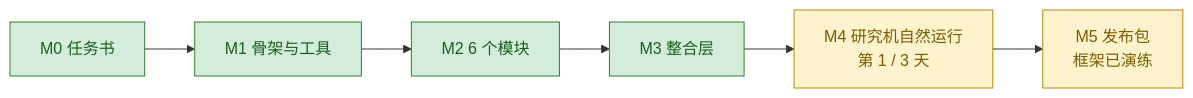
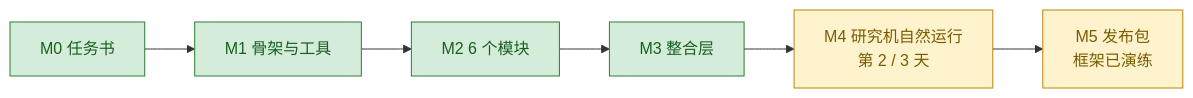
Before and after one commit to JulyWA/lp-monitor-3.0-snapshot: the first of 4 diagrams in protocol-docs/lp-market-3.0-modular-brief.md, drawn with Mermaid. The commit also changed other lines of this file and 4 other files, not shown here.

````diff
--- a/protocol-docs/lp-market-3.0-modular-brief.md
+++ b/protocol-docs/lp-market-3.0-modular-brief.md
@@ -9,6 +9,6 @@
 ```mermaid
 flowchart LR
-  M0["M0 任务书"]:::done --> M1["M1 骨架与工具"]:::done --> M2["M2 6 个模块"]:::done --> M3["M3 整合层"]:::done --> M4["M4 研究机自然运行<br/>第 1 / 3 天"]:::doing --> M5["M5 发布包<br/>框架已演练"]:::doing
+  M0["M0 任务书"]:::done --> M1["M1 骨架与工具"]:::done --> M2["M2 6 个模块"]:::done --> M3["M3 整合层"]:::done --> M4["M4 研究机自然运行<br/>第 2 / 3 天"]:::doing --> M5["M5 发布包<br/>框架已演练"]:::doing
   classDef done fill:#d4edda,stroke:#2e7d32,color:#1b5e20
   classDef doing fill:#fff3cd,stroke:#b8860b,color:#7a5c00
 ```
````
